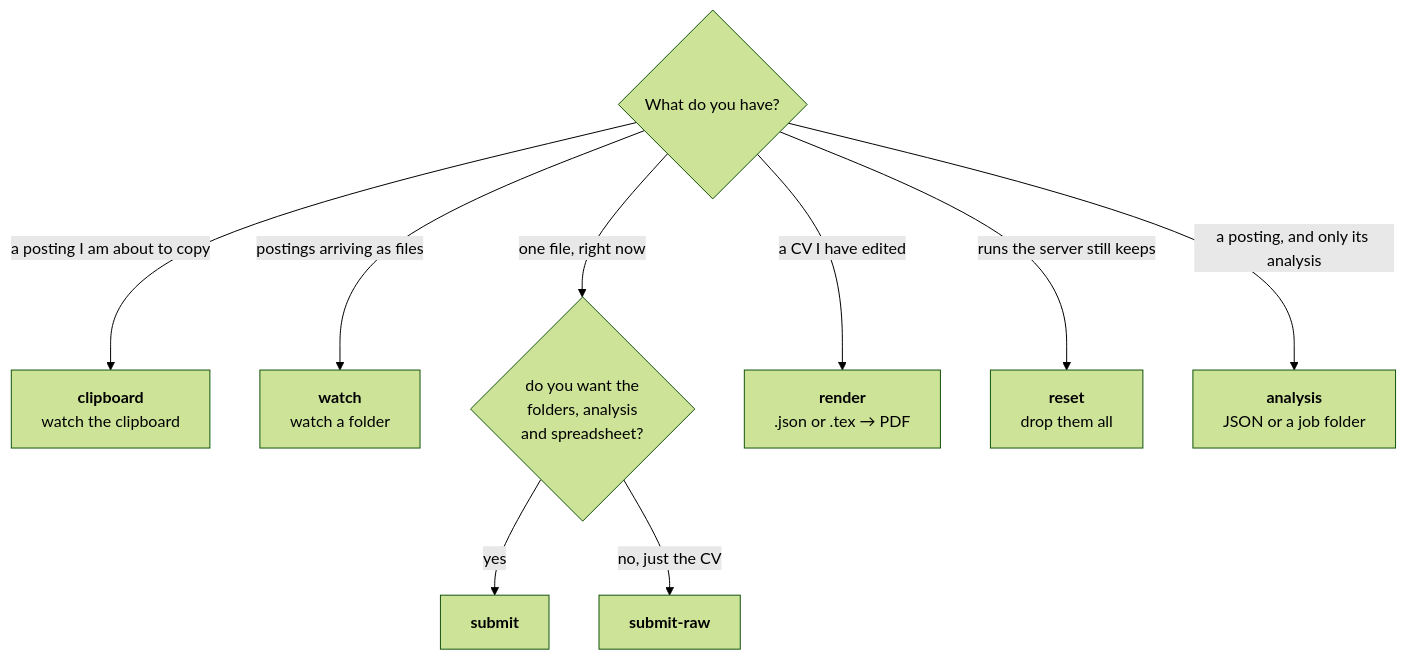
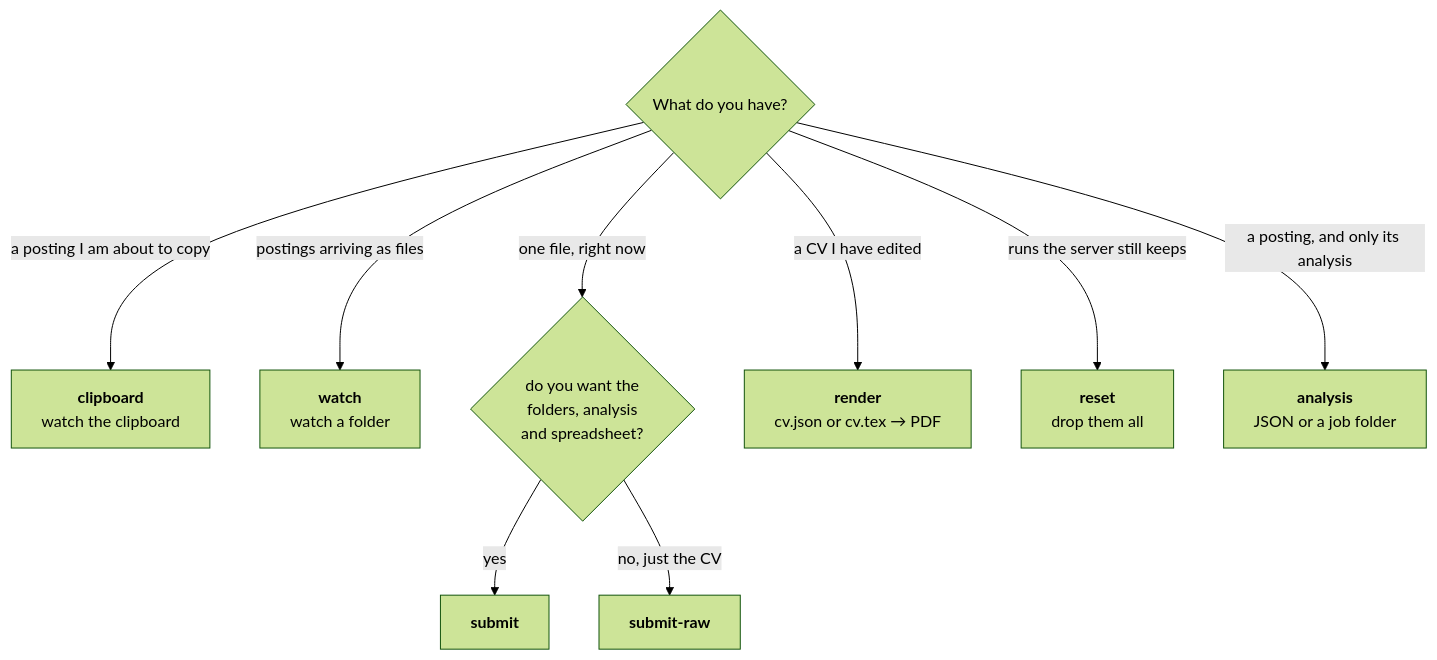
One commit to gcontini/ats-strike changed the first of 2 diagrams in doc/client.md. Above: the diagram before and after it, drawn with Mermaid (forest theme). The commit also changed other lines of this file and 157 other files, not shown here.

````diff
--- a/doc/client.md
+++ b/doc/client.md
@@ -17,12 +23,12 @@
 ```mermaid
 flowchart TD
     Q1{"What do you have?"}
     Q1 -->|"a posting I am about to copy"| CLIP["<b>clipboard</b><br/>watch the clipboard"]
     Q1 -->|"postings arriving as files"| WATCH["<b>watch</b><br/>watch a folder"]
     Q1 -->|"one file, right now"| Q2{"do you want the<br/>folders, analysis<br/>and spreadsheet?"}
-    Q1 -->|"a CV I have edited"| REND["<b>render</b><br/>.json or .tex → PDF"]
+    Q1 -->|"a CV I have edited"| REND["<b>render</b><br/>cv.json or cv.tex → PDF"]
     Q1 -->|"runs the server still keeps"| RESET["<b>reset</b><br/>drop them all"]
     Q1 -->|"a posting, and only its analysis"| ANA["<b>analysis</b><br/>JSON or a job folder"]
     Q2 -->|"yes"| SUB["<b>submit</b>"]
     Q2 -->|"no, just the CV"| RAW["<b>submit-raw</b>"]
 ```
````
